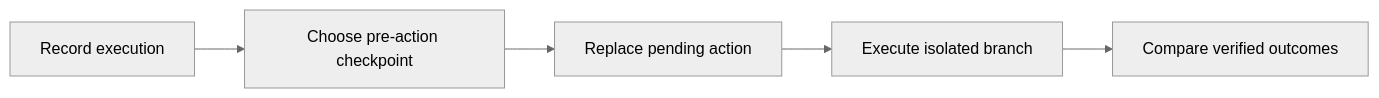
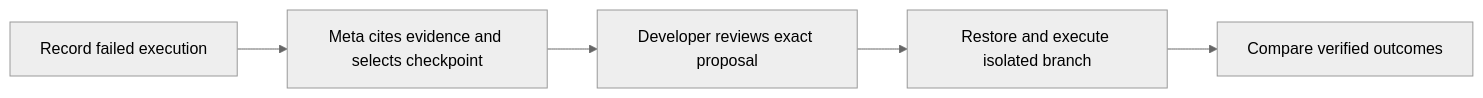
The diagram in README.md (Eswar-deep/agent-time-machine), drawn with Mermaid (neutral theme) before and after one commit. The commit also changed other lines of this file and 31 other files, not shown here.

Commit message:
feat: execute and verify evidence-based Meta repair proposals

````diff
--- a/README.md
+++ b/README.md
@@ -85,7 +124,7 @@
 ```mermaid
 flowchart LR
-    A[Record execution] --> B[Choose pre-action checkpoint]
-    B --> C[Replace pending action]
-    C --> D[Execute isolated branch]
+    A[Record failed execution] --> B[Meta cites evidence and selects checkpoint]
+    B --> C[Developer reviews exact proposal]
+    C --> D[Restore and execute isolated branch]
     D --> E[Compare verified outcomes]
 ```
````
